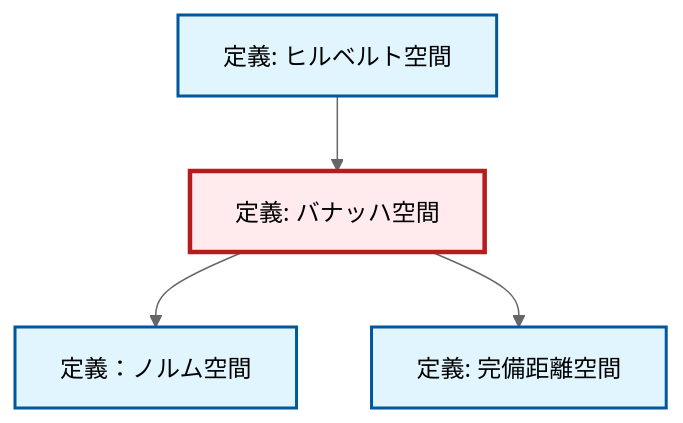
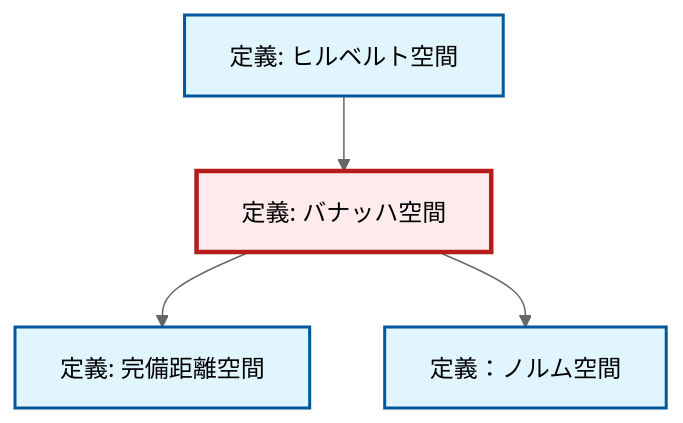
One commit to RK0429/ModernMath changed the diagram in content/ja/analysis/def-banach-space.qmd. Above: the diagram before and after it, drawn with Mermaid (neutral theme). The commit also changed other lines of this file and 328 other files, not shown here.

````diff
--- a/content/ja/analysis/def-banach-space.qmd
+++ b/content/ja/analysis/def-banach-space.qmd
@@ -120,20 +120,20 @@
 ```{mermaid}
 %%| fig-cap: "ローカル依存関係グラフ"
 graph TD
     classDef definition fill:#e1f5fe,stroke:#01579b,stroke-width:2px
     classDef theorem fill:#f3e5f5,stroke:#4a148c,stroke-width:2px
     classDef axiom fill:#fff3e0,stroke:#e65100,stroke-width:2px
     classDef example fill:#e8f5e9,stroke:#1b5e20,stroke-width:2px
     classDef current fill:#ffebee,stroke:#b71c1c,stroke-width:3px
-    def-normed-vector-space["定義：ノルム空間"]:::definition
     def-banach-space["定義: バナッハ空間"]:::definition
     def-hilbert-space["定義: ヒルベルト空間"]:::definition
+    def-normed-vector-space["定義：ノルム空間"]:::definition
     def-complete-metric-space["定義: 完備距離空間"]:::definition
+    def-banach-space --> def-complete-metric-space
     def-hilbert-space --> def-banach-space
     def-banach-space --> def-normed-vector-space
-    def-banach-space --> def-complete-metric-space
     class def-banach-space current
+    click def-hilbert-space "def-hilbert-space.html" "ヒルベルト空間の定義へ"
     click def-normed-vector-space "def-normed-vector-space.html" "定義：ノルム空間へ"
-    click def-hilbert-space "def-hilbert-space.html" "ヒルベルト空間の定義へ"
     click def-complete-metric-space "def-complete-metric-space.html" "完備距離空間の定義へ"
 ```
````
